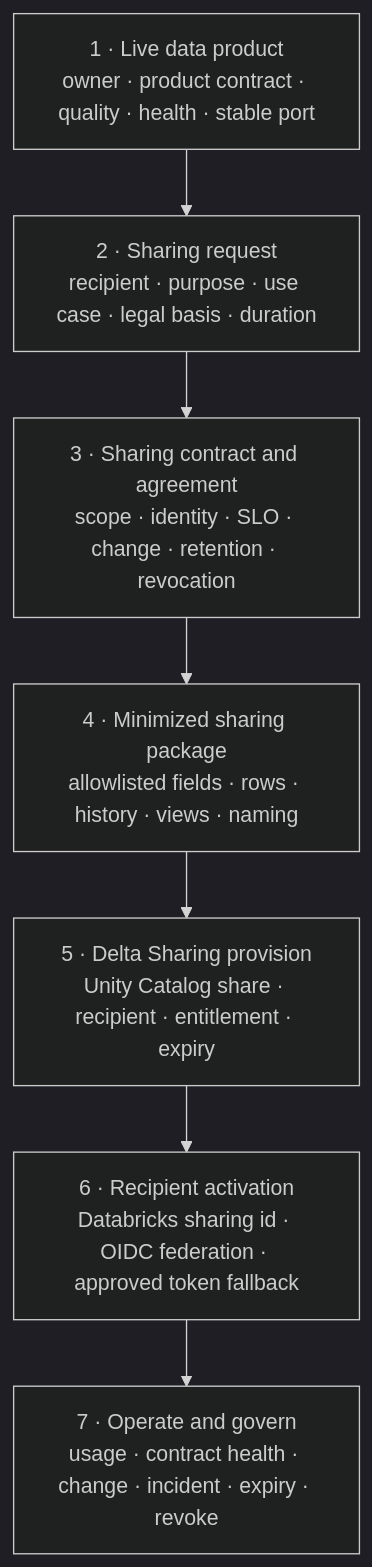
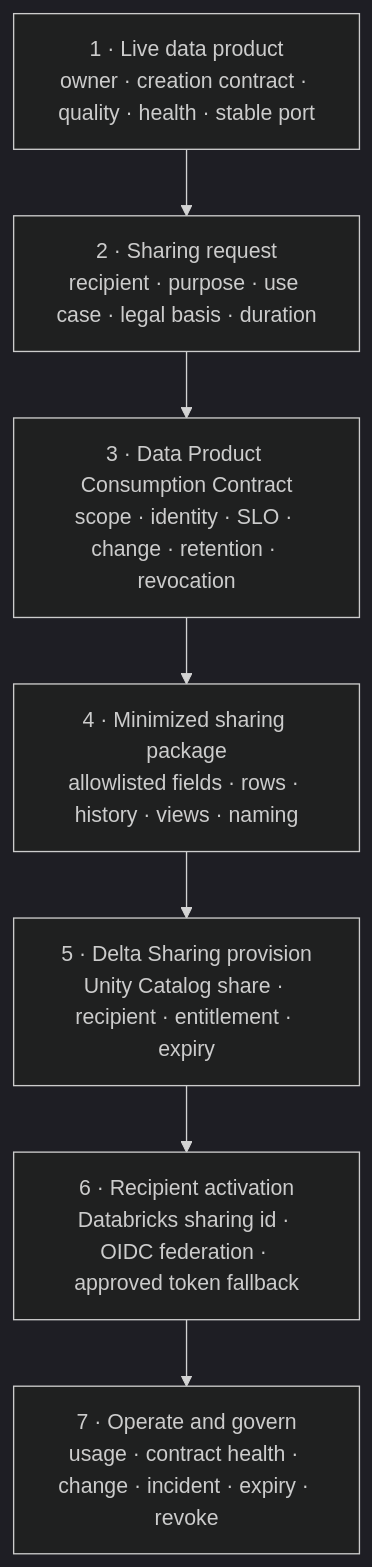
The first of 2 diagrams in docs/architecture/data-sharing-design.md (cong78/data-foundation-architecture), drawn with Mermaid (dark theme) before and after one commit. The commit also changed other lines of this file and 47 other files, not shown here.

````diff
--- a/docs/architecture/data-sharing-design.md
+++ b/docs/architecture/data-sharing-design.md
@@ -26,12 +26,12 @@
 ```mermaid
 flowchart TB
-    PRODUCT["1 · Live data product<br/>owner · product contract · quality · health · stable port"]
+    PRODUCT["1 · Live data product<br/>owner · creation contract · quality · health · stable port"]
     REQUEST["2 · Sharing request<br/>recipient · purpose · use case · legal basis · duration"]
-    CONTRACT["3 · Sharing contract and agreement<br/>scope · identity · SLO · change · retention · revocation"]
+    CONTRACT["3 · Data Product Consumption Contract<br/>scope · identity · SLO · change · retention · revocation"]
     PACKAGE["4 · Minimized sharing package<br/>allowlisted fields · rows · history · views · naming"]
     PROVISION["5 · Delta Sharing provision<br/>Unity Catalog share · recipient · entitlement · expiry"]
     CONSUME["6 · Recipient activation<br/>Databricks sharing id · OIDC federation · approved token fallback"]
     OPERATE["7 · Operate and govern<br/>usage · contract health · change · incident · expiry · revoke"]
 
     PRODUCT --> REQUEST --> CONTRACT --> PACKAGE --> PROVISION --> CONSUME --> OPERATE
 ```
````
